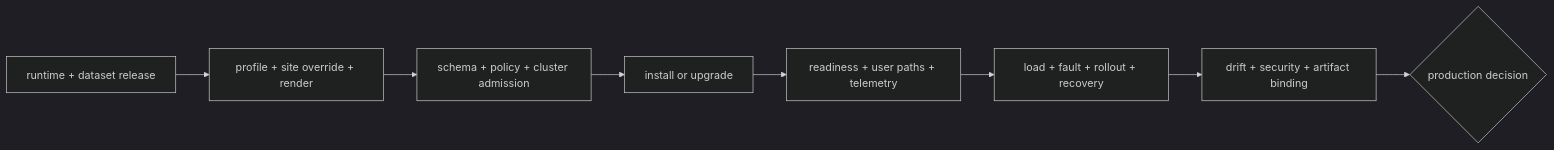
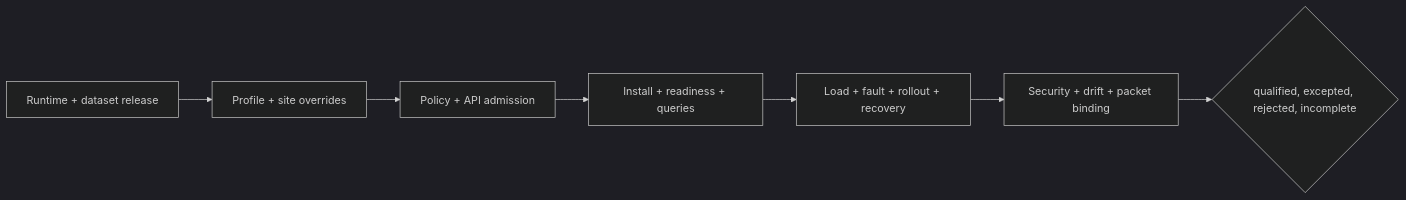
The first of 2 diagrams in docs/bijux-atlas-ops/kubernetes/production-qualification.md (bijux/bijux-atlas), drawn with Mermaid (dark theme) before and after one commit. The commit also changed other lines of this file and 2 other files, not shown here.

Commit message:
docs(security): bind deployment controls to live exposure

````diff
--- a/docs/bijux-atlas-ops/kubernetes/production-qualification.md
+++ b/docs/bijux-atlas-ops/kubernetes/production-qualification.md
@@ -66,10 +49,9 @@
 ```mermaid
 flowchart LR
-    Release["runtime + dataset release"] --> Render["profile + site override + render"]
-    Render --> Admit["schema + policy + cluster admission"]
-    Admit --> Install["install or upgrade"]
-    Install --> Observe["readiness + user paths + telemetry"]
-    Observe --> Exercise["load + fault + rollout + recovery"]
-    Exercise --> Verify["drift + security + artifact binding"]
-    Verify --> Decide{"production decision"}
+    Release[Runtime + dataset release] --> Render[Profile + site overrides]
+    Render --> Admit[Policy + API admission]
+    Admit --> Service[Install + readiness + queries]
+    Service --> Exercise[Load + fault + rollout + recovery]
+    Exercise --> Closure[Security + drift + packet binding]
+    Closure --> Decision{qualified, excepted, rejected, incomplete}
 ```
````
